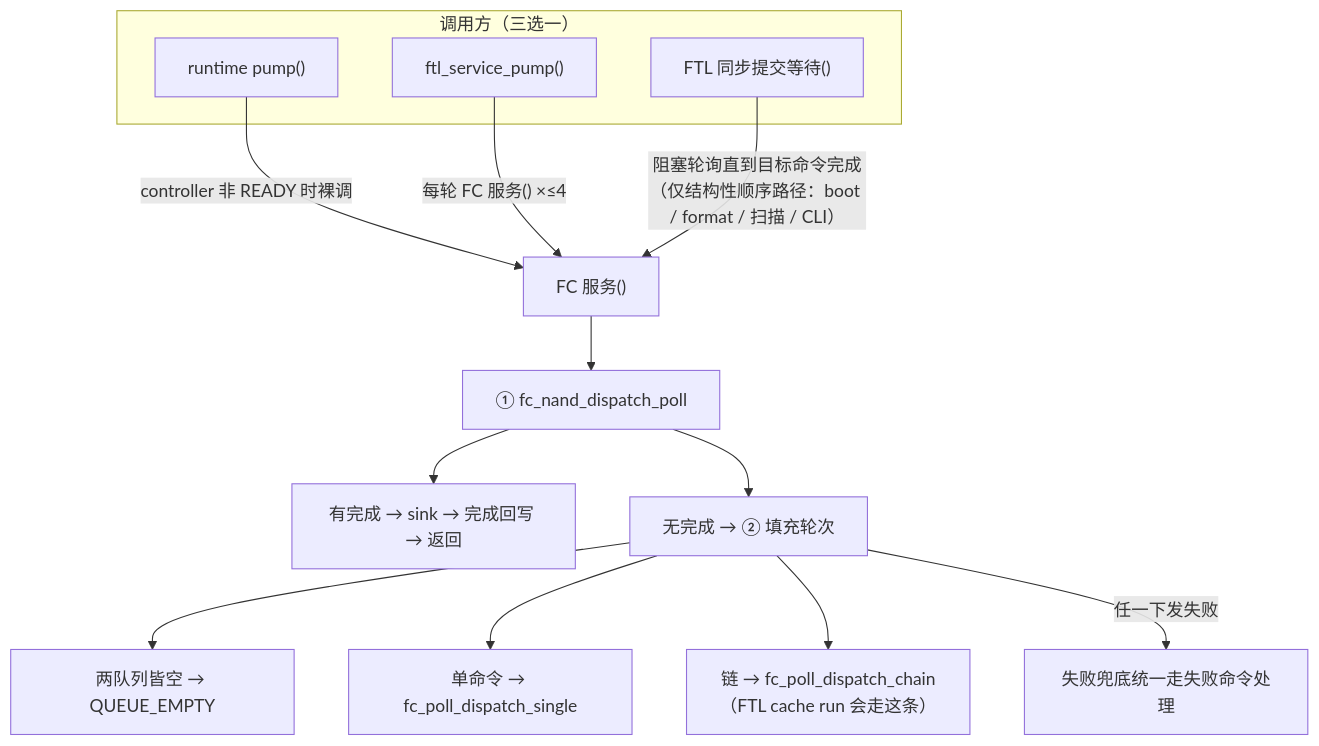
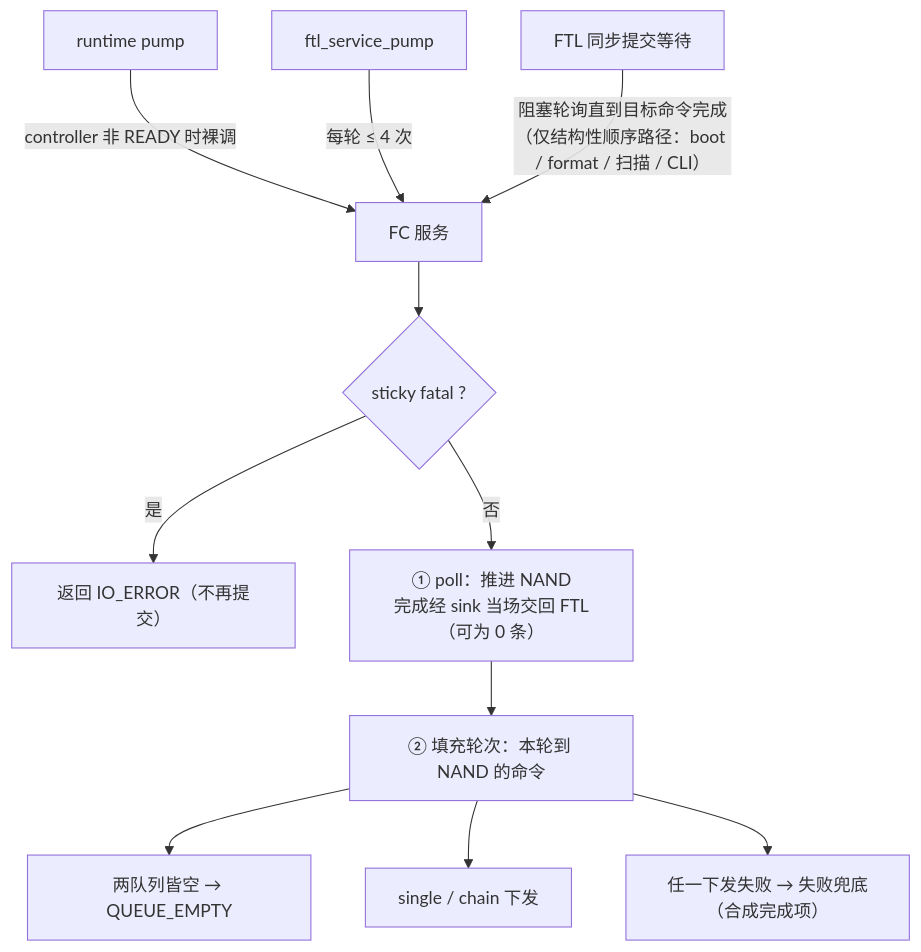
Before and after one commit to YzYMIAO/BASESSD: diagram 18 of 20 in docs/design/fc_nand_design.md, drawn with Mermaid. The commit also changed other lines of this file, not shown here.

First line of the commit message:
docs(fc-nand): 重构设计文档结构并校正与实现漂移

````diff
--- a/docs/design/fc_nand_design.md
+++ b/docs/design/fc_nand_design.md
@@ -2186,22 +2456,17 @@
 ```mermaid
 flowchart TB
-    subgraph "调用方（三选一）"
-        C1["runtime pump()"]
-        C2["ftl_service_pump()"]
-        C3["FTL 同步提交等待()"]
-    end
-
-    S["FC 服务()"]
-
+    C1["runtime pump"]
+    C2["ftl_service_pump"]
+    C3["FTL 同步提交等待"]
+    S["FC 服务"]
     C1 -- "controller 非 READY 时裸调" --> S
-    C2 -- "每轮 FC 服务() ×≤4" --> S
+    C2 -- "每轮 ≤ 4 次" --> S
     C3 -- "阻塞轮询直到目标命令完成<br/>（仅结构性顺序路径：boot / format / 扫描 / CLI）" --> S
-
-    S --> P1["① fc_nand_dispatch_poll"]
-    P1 --> P1A["有完成 → sink → 完成回写 → 返回"]
-    P1 --> P2["无完成 → ② 填充轮次"]
+    S --> FATAL{"sticky fatal ?"}
+    FATAL -- "是" --> IOE["返回 IO_ERROR（不再提交）"]
+    FATAL -- "否" --> P1["① poll：推进 NAND<br/>完成经 sink 当场交回 FTL（可为 0 条）"]
+    P1 --> P2["② 填充轮次：本轮到 NAND 的命令"]
     P2 --> P2A["两队列皆空 → QUEUE_EMPTY"]
-    P2 --> P2B["单命令 → fc_poll_dispatch_single"]
-    P2 --> P2C["链 → fc_poll_dispatch_chain（FTL cache run 会走这条）"]
-    P2 -- "任一下发失败" --> FB["失败兜底统一走失败命令处理"]
+    P2 --> P2B["single / chain 下发"]
+    P2 --> FB["任一下发失败 → 失败兜底（合成完成项）"]
 ```
````
